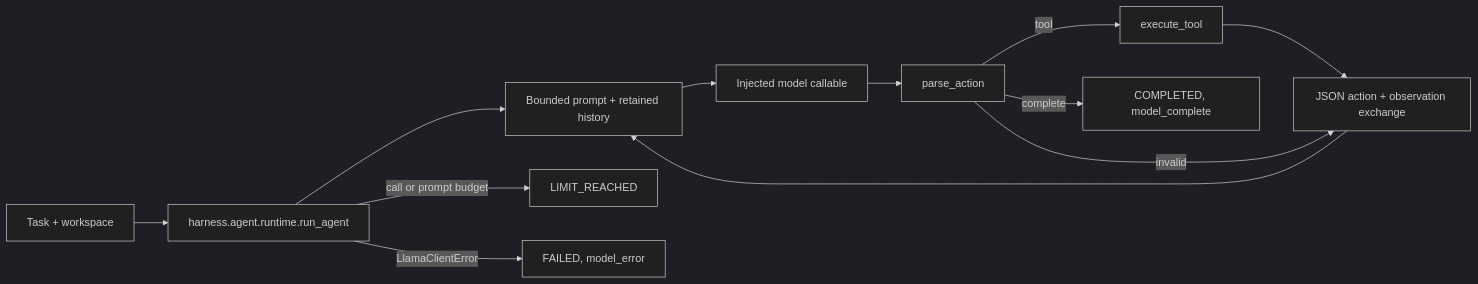
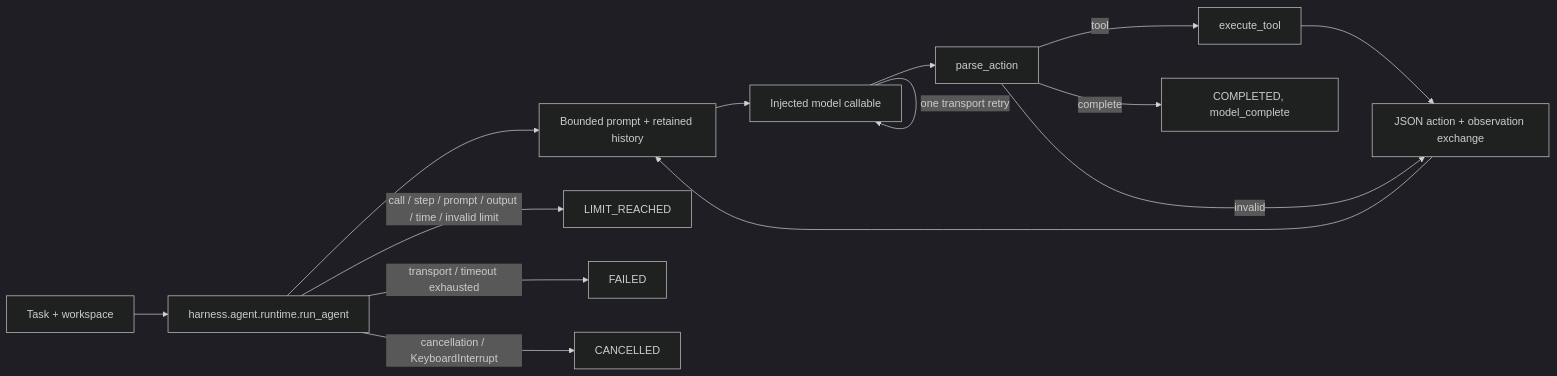
Before and after one commit to reganvannguyen/efficient-code-agent: the second of 3 diagrams in docs/code-map.md, drawn with Mermaid (dark theme). The commit also changed other lines of this file and 7 other files, not shown here.

````diff
--- a/docs/code-map.md
+++ b/docs/code-map.md
@@ -41,14 +42,16 @@
 ```mermaid
 flowchart LR
     T[Task + workspace] --> R[harness.agent.runtime.run_agent]
     R --> P[Bounded prompt + retained history]
     P --> M[Injected model callable]
+    M -->|one transport retry| M
     M --> A[parse_action]
     A -->|tool| X[execute_tool]
     X --> O[JSON action + observation exchange]
     O --> P
     A -->|invalid| O
     A -->|complete| S[COMPLETED, model_complete]
-    R -->|call or prompt budget| L[LIMIT_REACHED]
-    R -->|LlamaClientError| F[FAILED, model_error]
+    R -->|call / step / prompt / output / time / invalid limit| L[LIMIT_REACHED]
+    R -->|transport / timeout exhausted| F[FAILED]
+    R -->|cancellation / KeyboardInterrupt| C[CANCELLED]
 ```
````
